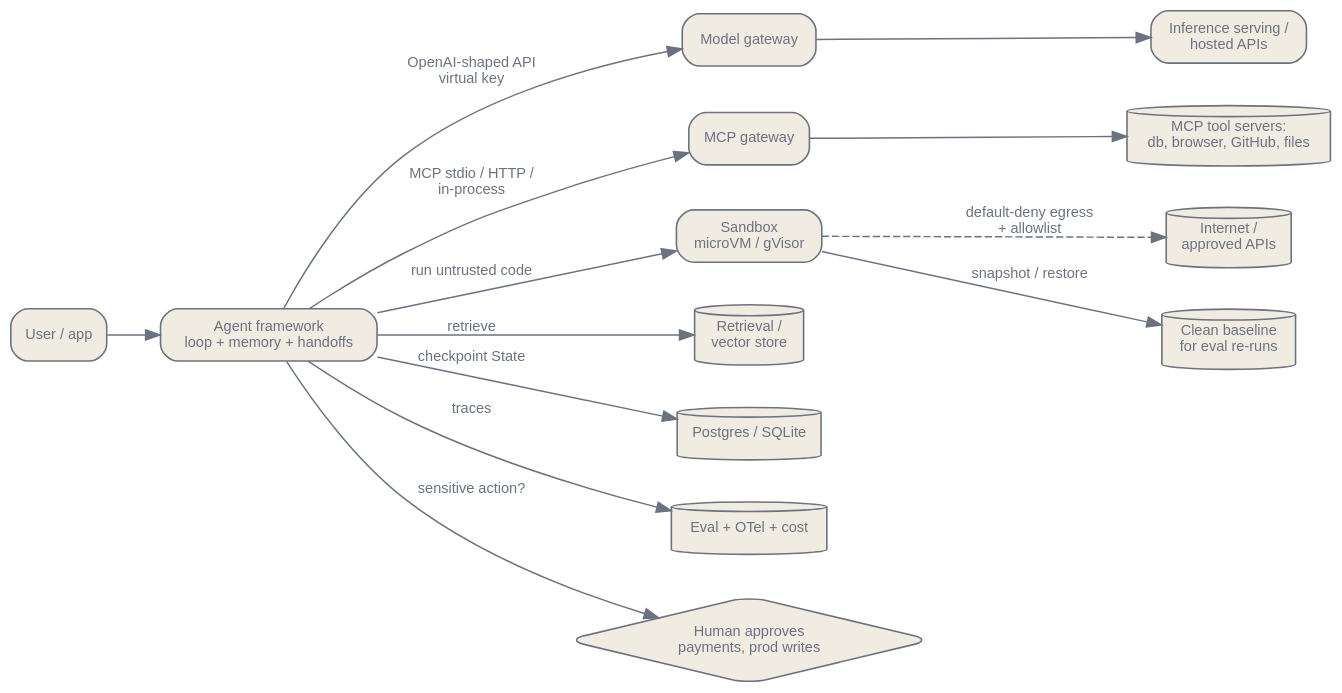
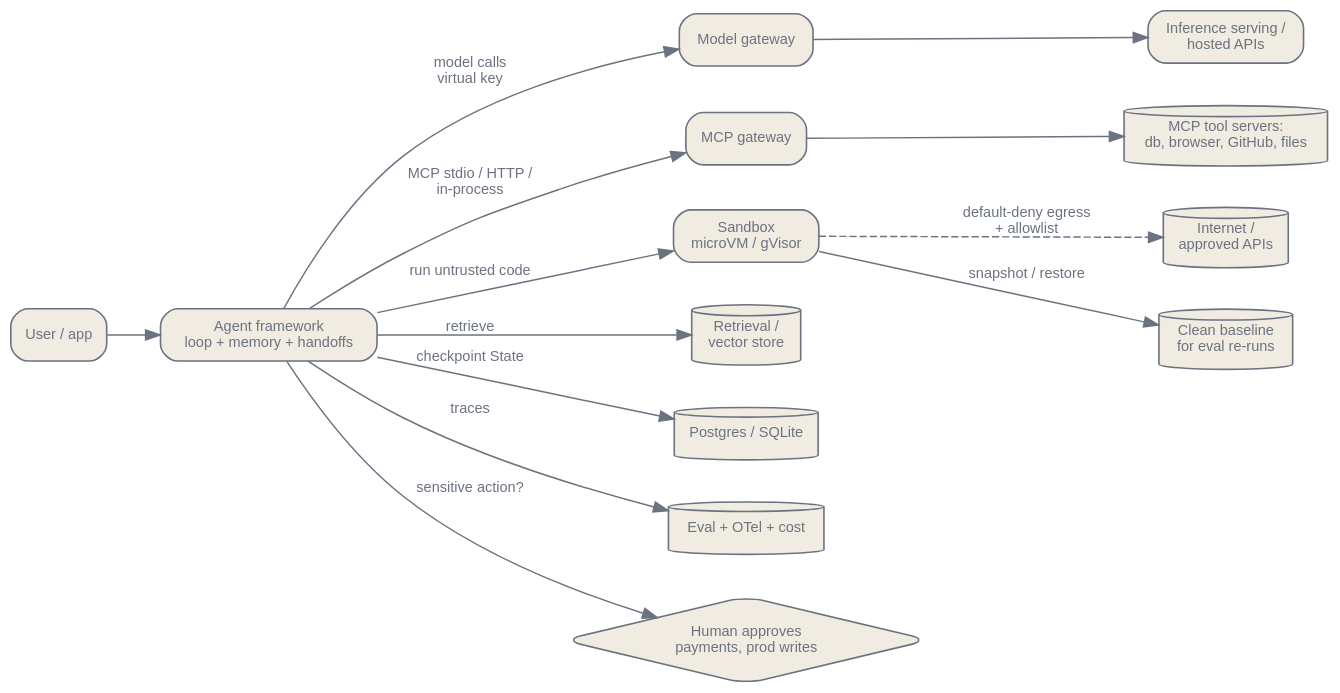
The diagram in en/practice/05-agents-and-sandboxes.qmd (latere-ai/ai-as-an-infrastructure), drawn with Graphviz before and after one commit. The commit also changed other lines of this file and 3 other files, not shown here.

````diff
--- a/en/practice/05-agents-and-sandboxes.qmd
+++ b/en/practice/05-agents-and-sandboxes.qmd
@@ -368,38 +369,38 @@
 ```{dot}
 //| label: fig-agent-runtime
 //| fig-cap: "The production agent runtime. The framework holds no provider key and no raw credentials; model access, tool access, and compute access each reach in through a governed seam."
 digraph {
   bgcolor="transparent";
   rankdir=LR;
   nodesep=0.4; ranksep=0.5;
   node [shape=box, style="rounded,filled", fontname="Helvetica", fontsize=10, color="#6b7280", fontcolor="#6b7280", fillcolor="#f1ece1", penwidth=1.1];
   edge [fontsize=10, fontname="Helvetica", color="#6b7280", fontcolor="#6b7280"];
 
   user [label="User / app"];
   agent [label="Agent framework\nloop + memory + handoffs"];
   gw [label="Model gateway"];
   serve [label="Inference serving /\nhosted APIs"];
   mcpgw [label="MCP gateway"];
   tools [label="MCP tool servers:\ndb, browser, GitHub, files", shape=cylinder];
   sb [label="Sandbox\nmicroVM / gVisor"];
   net [label="Internet /\napproved APIs", shape=cylinder];
   snap [label="Clean baseline\nfor eval re-runs", shape=cylinder];
   rag [label="Retrieval /\nvector store", shape=cylinder];
   ckpt [label="Postgres / SQLite", shape=cylinder];
   obs [label="Eval + OTel + cost", shape=cylinder];
   human [label="Human approves\npayments, prod writes", shape=diamond];
 
   user -> agent;
-  agent -> gw [label="OpenAI-shaped API\nvirtual key"];
+  agent -> gw [label="model calls\nvirtual key"];
   gw -> serve;
   agent -> mcpgw [label="MCP stdio / HTTP /\nin-process"];
   mcpgw -> tools;
   agent -> sb [label="run untrusted code"];
   sb -> net [style=dashed, label="default-deny egress\n+ allowlist"];
   sb -> snap [label="snapshot / restore"];
   agent -> rag [label="retrieve"];
   agent -> ckpt [label="checkpoint State"];
   agent -> obs [label="traces"];
   agent -> human [label="sensitive action?"];
 }
 ```
````
